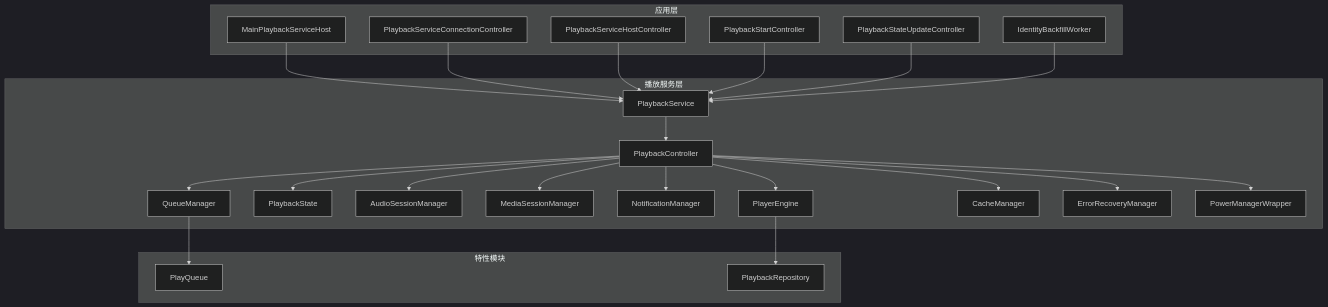
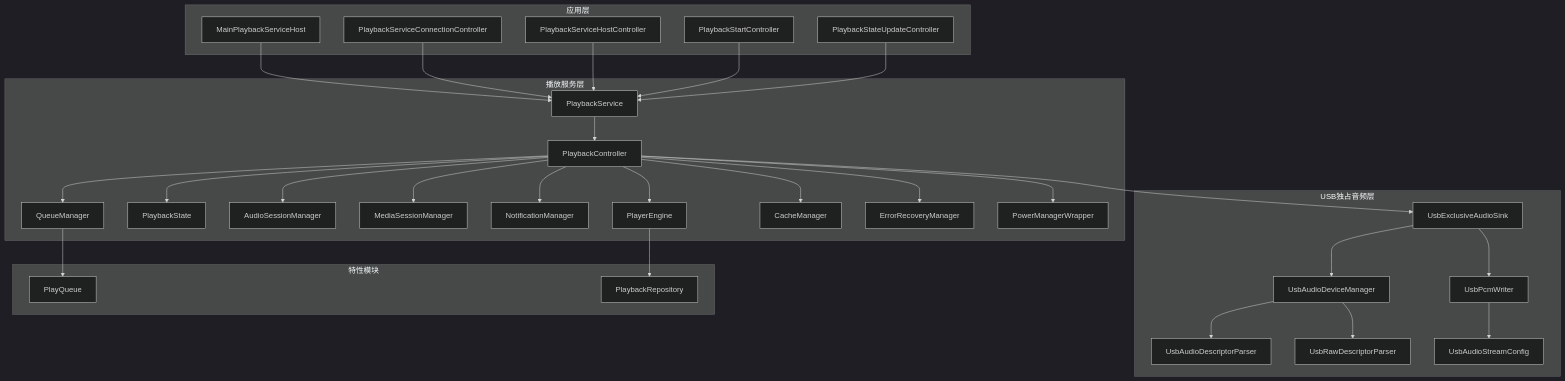
Before and after one commit to ysyhlly/Yukine-android: the first of 7 diagrams in .qoder/repowiki/zh/content/播放系统/播放系统.md, drawn with Mermaid (dark theme). The commit also changed other lines of this file and 254 other files, not shown here.

````diff
--- a/.qoder/repowiki/zh/content/播放系统/播放系统.md
+++ b/.qoder/repowiki/zh/content/播放系统/播放系统.md
@@ -57,46 +63,58 @@
 ```mermaid
 graph TB
 subgraph "应用层"
 MainHost["MainPlaybackServiceHost"]
 ConnCtrl["PlaybackServiceConnectionController"]
 HostCtrl["PlaybackServiceHostController"]
 StartCtrl["PlaybackStartController"]
 StateUpd["PlaybackStateUpdateController"]
-IdentityWorker["IdentityBackfillWorker"]
 end
 subgraph "播放服务层"
 PService["PlaybackService"]
 PController["PlaybackController"]
 QueueMgr["QueueManager"]
 State["PlaybackState"]
 AudioSess["AudioSessionManager"]
 MediaSess["MediaSessionManager"]
 Notify["NotificationManager"]
 PlayerEng["PlayerEngine"]
 CacheMgr["CacheManager"]
 ErrRec["ErrorRecoveryManager"]
 PowerWrap["PowerManagerWrapper"]
 end
+subgraph "USB独占音频层"
+UsbDevMgr["UsbAudioDeviceManager"]
+UsbPcmWriter["UsbPcmWriter"]
+UsbExclusiveSink["UsbExclusiveAudioSink"]
+UsbDescParser["UsbAudioDescriptorParser"]
+UsbRawParser["UsbRawDescriptorParser"]
+UsbStreamCfg["UsbAudioStreamConfig"]
+end
 subgraph "特性模块"
 PlayQ["PlayQueue"]
 Repo["PlaybackRepository"]
 end
 MainHost --> PService
 ConnCtrl --> PService
 HostCtrl --> PService
 StartCtrl --> PService
 StateUpd --> PService
-IdentityWorker --> PService
 PService --> PController
 PController --> QueueMgr
 PController --> State
 PController --> PlayerEng
 PController --> CacheMgr
 PController --> ErrRec
 PController --> AudioSess
 PController --> MediaSess
 PController --> Notify
 PController --> PowerWrap
+PController --> UsbExclusiveSink
+UsbExclusiveSink --> UsbDevMgr
+UsbExclusiveSink --> UsbPcmWriter
+UsbDevMgr --> UsbDescParser
+UsbDevMgr --> UsbRawParser
+UsbPcmWriter --> UsbStreamCfg
 QueueMgr --> PlayQ
 PlayerEng --> Repo
 ```
````
